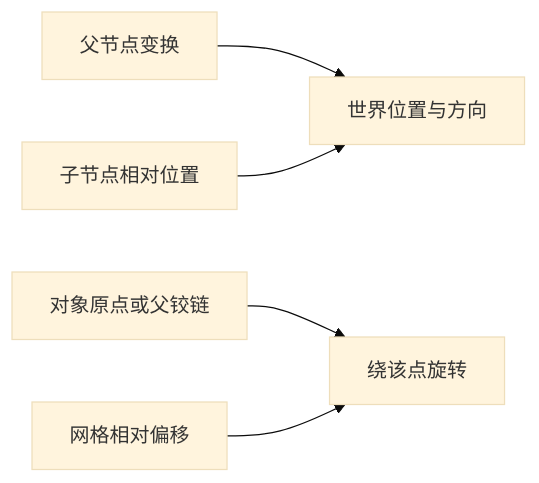
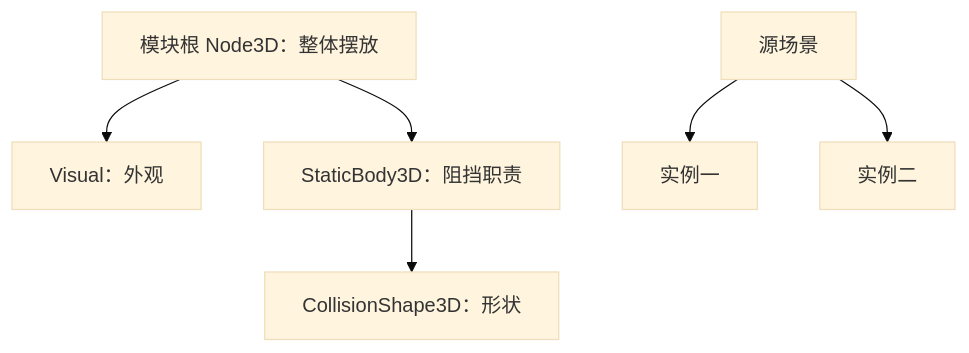
One commit to Zilur/ai-3d-game-learning changed the diagram in curriculum/dialogues/A03.md. Above: the diagram before and after it, drawn with Mermaid (base theme). The commit also changed other lines of this file and 314 other files, not shown here.

````diff
--- a/curriculum/dialogues/A03.md
+++ b/curriculum/dialogues/A03.md
@@ -25,7 +27,8 @@
 ```mermaid
-flowchart LR
- P["父节点变换"] --> W["世界位置与方向"]
- L["子节点相对位置"] --> W
- O["对象原点或父铰链"] --> R["绕该点旋转"]
- M["网格相对偏移"] --> R
+flowchart TD
+ R["模块根 Node3D：整体摆放"] --> V["Visual：外观"]
+ R --> B["StaticBody3D：阻挡职责"]
+ B --> S["CollisionShape3D：形状"]
+ T["源场景"] --> I1["实例一"]
+ T --> I2["实例二"]
 ```
````
